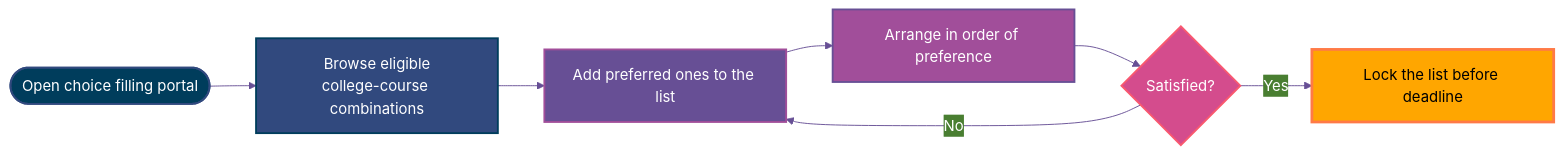
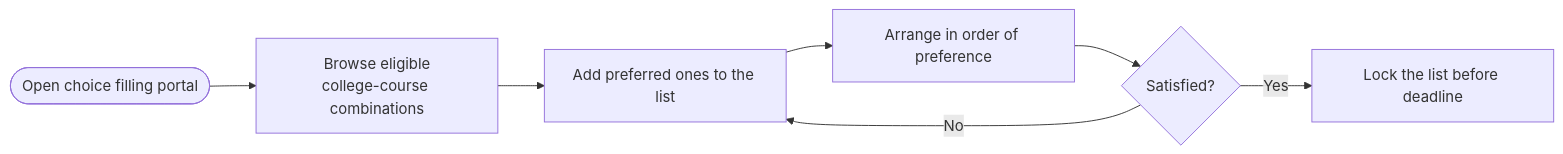
The first of 4 diagrams in getting-started/counselling.mdx (aashrutsharma/whitepaper), drawn with Mermaid before and after one commit. The commit also changed other lines of this file and 16 other files, not shown here.

````diff
--- a/getting-started/counselling.mdx
+++ b/getting-started/counselling.mdx
@@ -55,27 +55,9 @@
 ```mermaid actions={true}
-%%{init: {
-  'theme': 'base',
-  'themeVariables': {
-    'primaryColor': '#31497e',
-    'primaryTextColor': '#ffffff',
-    'primaryBorderColor': '#003d5c',
-    'lineColor': '#674f95',
-    'background': 'transparent',
-    'fontFamily': 'Inter, sans-serif'
-  }
-}}%%
 flowchart LR
     A([Open choice filling portal]) --> B[Browse eligible<br/>college-course combinations]
     B --> C[Add preferred ones to the list]
     C --> D[Arrange in order of preference]
     D --> E{Satisfied?}
     E -- No --> C
     E -- Yes --> F[Lock the list before deadline]
-
-    style A fill:#003d5c,stroke:#31497e,color:#ffffff,stroke-width:2px
-    style B fill:#31497e,stroke:#003d5c,color:#ffffff,stroke-width:2px
-    style C fill:#674f95,stroke:#a14e9a,color:#ffffff,stroke-width:2px
-    style D fill:#a14e9a,stroke:#674f95,color:#ffffff,stroke-width:2px
-    style E fill:#d44c8d,stroke:#f9596f,color:#ffffff,stroke-width:2px
-    style F fill:#ffa600,stroke:#ff7a47,color:#000000,stroke-width:3px
 ```
````
